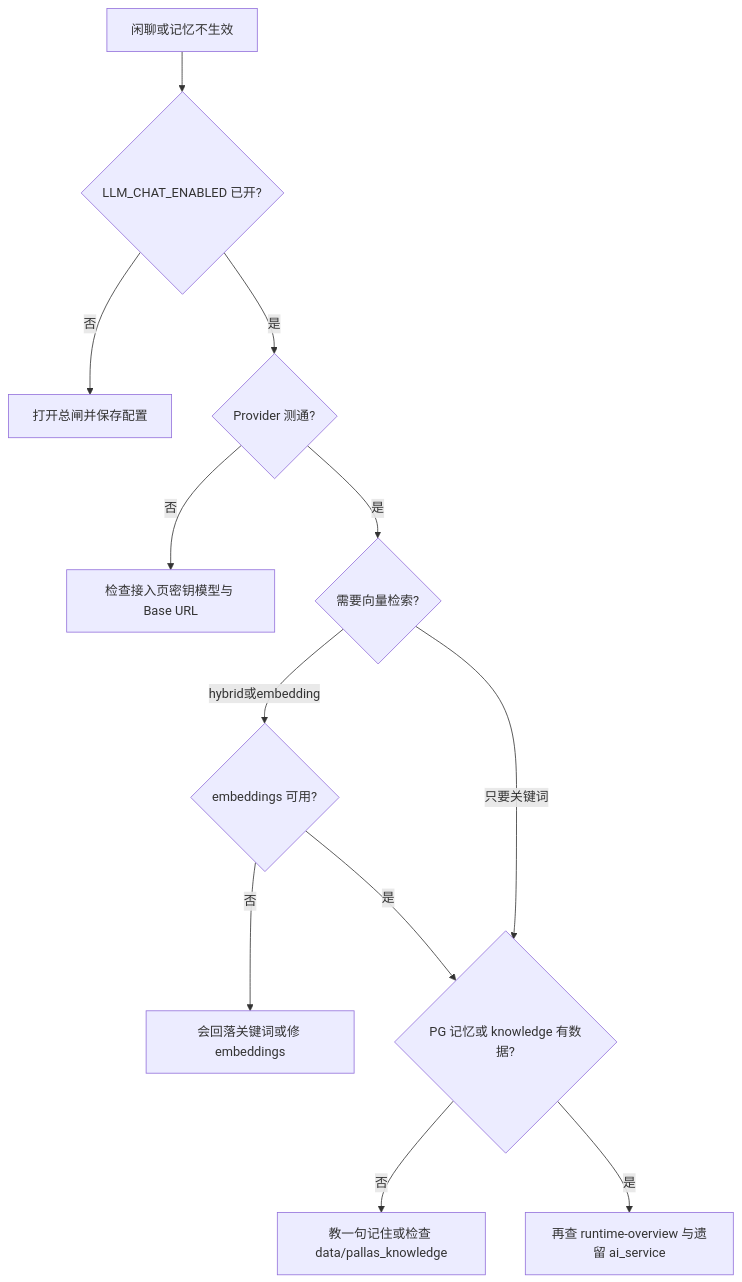
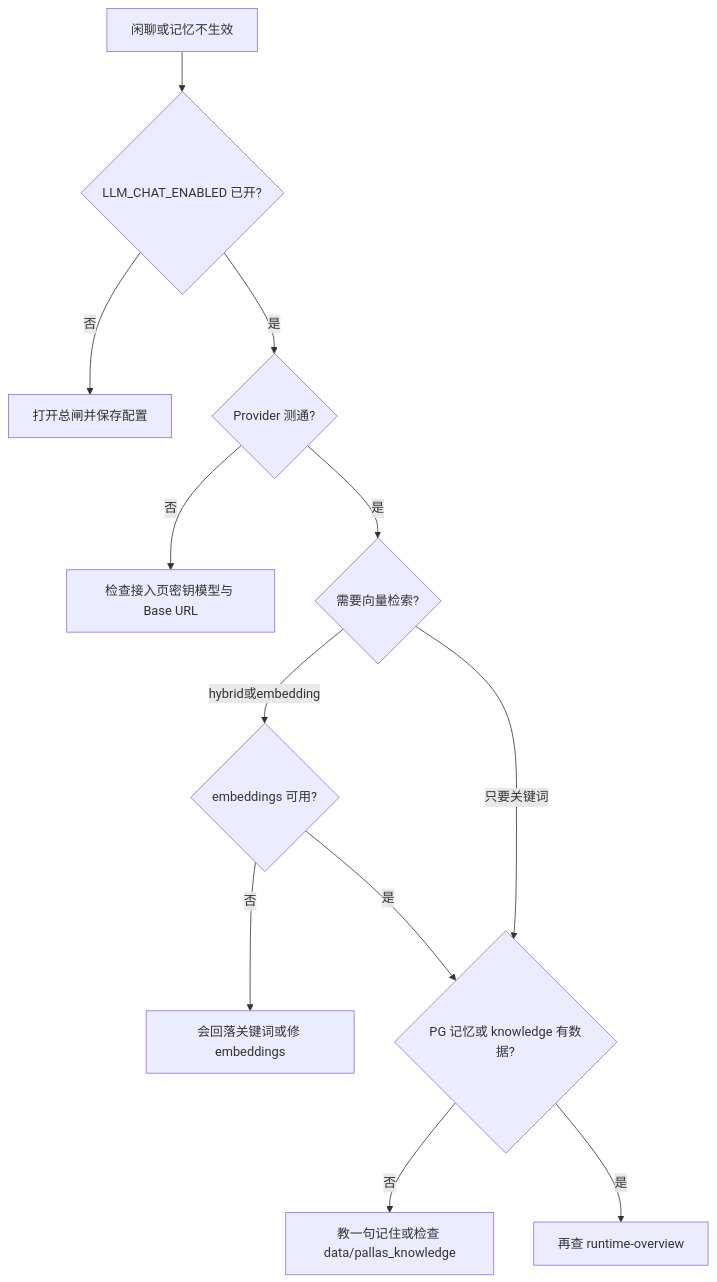
Before and after one commit to PallasBot/Pallas-Bot: the diagram in docs/maintainer/operate/llm-and-ai.md, drawn with Mermaid. The commit also changed other lines of this file and 4 other files, not shown here.

````diff
--- a/docs/maintainer/operate/llm-and-ai.md
+++ b/docs/maintainer/operate/llm-and-ai.md
@@ -17,14 +17,14 @@
 ```mermaid
 flowchart TD
   Start[闲聊或记忆不生效] --> Gate{LLM_CHAT_ENABLED 已开?}
   Gate -->|否| OpenGate[打开总闸并保存配置]
   Gate -->|是| Prov{Provider 测通?}
   Prov -->|否| FixProv[检查接入页密钥模型与 Base URL]
   Prov -->|是| Emb{需要向量检索?}
   Emb -->|hybrid或embedding| EmbOk{embeddings 可用?}
   EmbOk -->|否| Fallback[会回落关键词或修 embeddings]
   EmbOk -->|是| Store{PG 记忆或 knowledge 有数据?}
   Emb -->|只要关键词| Store
   Store -->|否| Teach[教一句记住或检查 data/pallas_knowledge]
-  Store -->|是| Deeper[再查 runtime-overview 与遗留 ai_service]
+  Store -->|是| Deeper[再查 runtime-overview]
 ```
````
